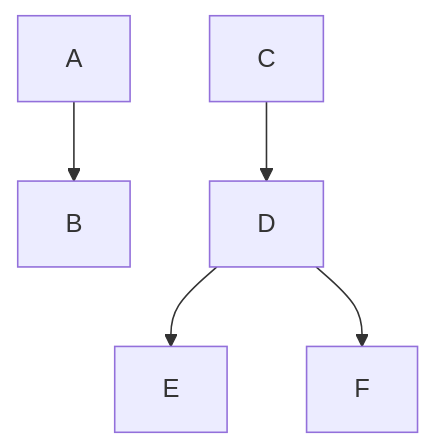
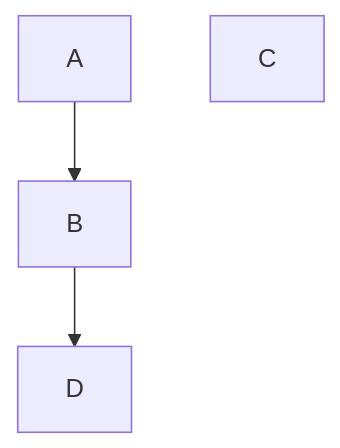
Before and after one commit to zmercury/cpp: the diagram in Notes/February/006_Feb17/Readme.md, drawn with Mermaid.

Commit message:
Feb 17 Update

````diff
--- a/Notes/February/006_Feb17/Readme.md
+++ b/Notes/February/006_Feb17/Readme.md
@@ -53,7 +53,6 @@
 ```mermaid
   graph TD;
       A-->B;
-      C-->D;
-      D-->E;
-      D-->F;
+      C;
+      B-->D;
 ```
````
